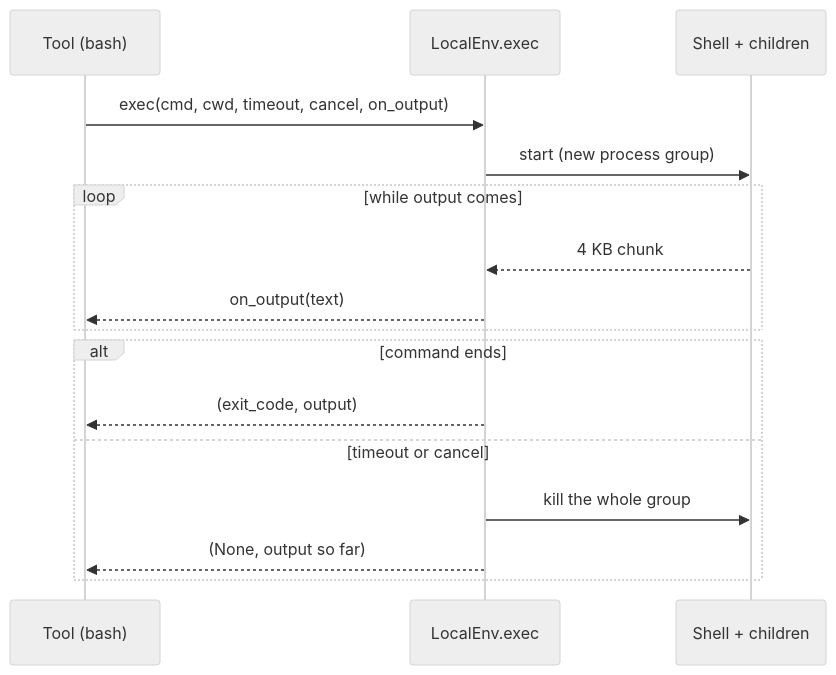
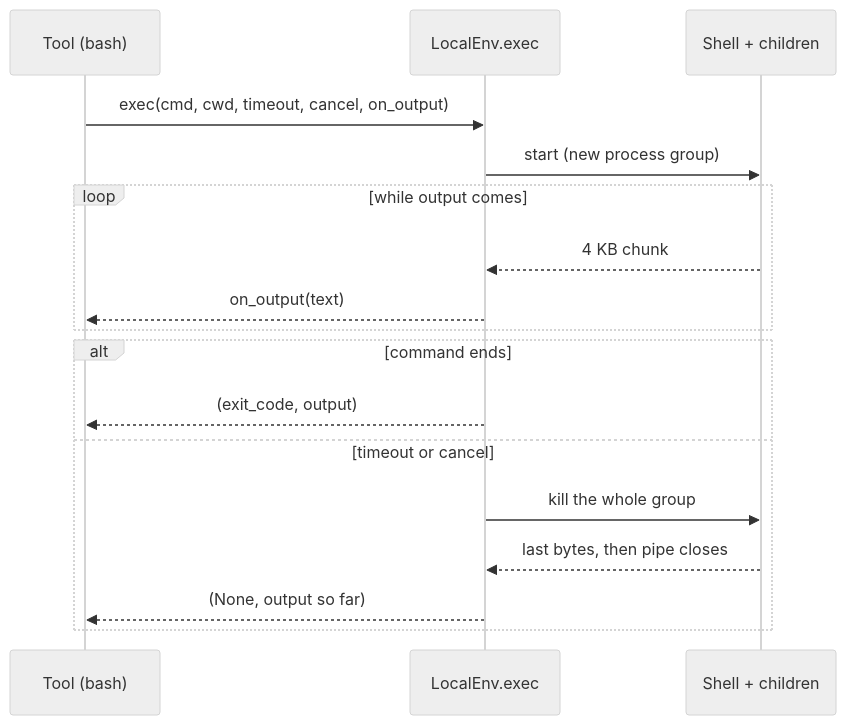
The third of 3 diagrams in docs/guidebook/09-exec-env.md (danhugo/simp-agent), drawn with Mermaid (neutral theme) before and after one commit. The commit also changed other lines of this file and 1 other file, not shown here.

````diff
--- a/docs/guidebook/09-exec-env.md
+++ b/docs/guidebook/09-exec-env.md
@@ -186,18 +182,19 @@
 ```mermaid
 sequenceDiagram
     participant T as Tool (bash)
     participant E as LocalEnv.exec
     participant P as Shell + children
     T->>E: exec(cmd, cwd, timeout, cancel, on_output)
     E->>P: start (new process group)
     loop while output comes
         P-->>E: 4 KB chunk
         E-->>T: on_output(text)
     end
     alt command ends
         E-->>T: (exit_code, output)
     else timeout or cancel
         E->>P: kill the whole group
+        P-->>E: last bytes, then pipe closes
         E-->>T: (None, output so far)
     end
 ```
````
